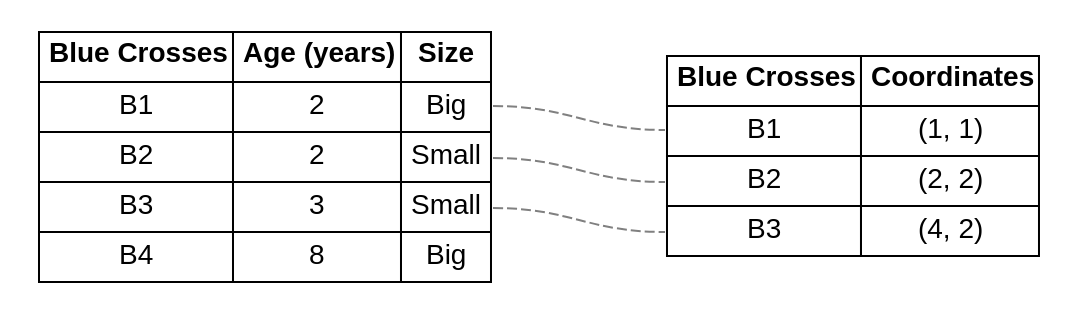
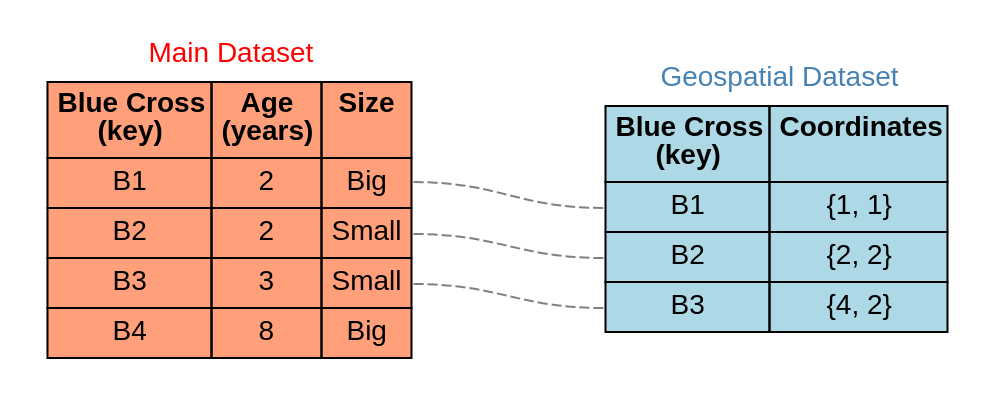
Before and after one commit to PhilipWhitten/geomAttribute: the diagram in help/source/_static/CrossesWithoutNull.gv, drawn with Graphviz. The commit also changed 119 other files, not shown here.

```diff
--- a/help/source/_static/CrossesWithoutNull.gv
+++ b/help/source/_static/CrossesWithoutNull.gv
@@ -1,62 +1,72 @@
 digraph G  
 {
    node[ shape = none, fontname = "Arial" ];
    edge [arrowhead=none, style=dashed, color = grey];
 
     set1[ label=<
-    <TABLE BORDER="0" CELLBORDER="1" CELLSPACING="0" CELLPADDING="4">
+<table border='0' cellborder='0'>
+<tr><td><font color="red">Main Dataset</font></td></tr>
+<tr><td>
+    <TABLE BORDER="0" CELLBORDER="1" CELLSPACING="0" CELLPADDING="4" BGCOLOR="lightsalmon">
         <TR>
-            <TD><B>Blue Crosses</B></TD>
-            <TD><B>Age (years)</B></TD>
-            <TD><B>Size</B></TD>
+            <TD><B>Blue Cross<br/>(key)</B></TD>
+            <TD><B>Age<br/>(years)</B></TD>
+            <TD><B>Size<br/> </B></TD>
         </TR>
         <TR>
             <TD>B1</TD>
             <TD>2</TD>
             <TD PORT="b1">Big</TD>
         </TR>
         <TR>
             <TD>B2</TD>
             <TD>2</TD>
             <TD PORT="b2">Small</TD>
         </TR>
         <TR>
             <TD>B3</TD>
             <TD>3</TD>
             <TD PORT="b3">Small</TD>
         </TR>
         <TR>
             <TD>B4</TD>
             <TD>8</TD>
             <TD>Big</TD>
         </TR>
-    </TABLE>>];
+    </TABLE>
+</td></tr>
+</table>>];
 
     set2[ label=<
-    <TABLE BORDER="0" CELLBORDER="1" CELLSPACING="0" CELLPADDING="4">
+<table border='0' cellborder='0'>
+<tr><td><font color="steelblue">Geospatial Dataset</font></td></tr>
+<tr><td>
+    <TABLE BORDER="0" CELLBORDER="1" CELLSPACING="0" CELLPADDING="4" BGCOLOR="lightblue">
         <TR>
-            <TD><B>Blue Crosses</B></TD>
-            <TD><B>Coordinates</B></TD>
+            <TD><B>Blue Cross<br/>(key)</B></TD>
+            <TD><B>Coordinates<br/> </B></TD>
         </TR>
         <TR>
             <TD PORT="b1">B1</TD>
-            <TD>(1, 1)</TD>
+            <TD>{1, 1}</TD>
         </TR>
         <TR>
             <TD PORT="b2">B2</TD>
-            <TD>(2, 2)</TD>
+            <TD>{2, 2}</TD>
         </TR>
         <TR>
             <TD PORT="b3">B3</TD>
-            <TD>(4, 2)</TD>
+            <TD>{4, 2}</TD>
         </TR>
-    </TABLE>>];    
+    </TABLE>
+</td></tr>
+</table>>];    
 
     # layout
     nodesep = 1;                /* increase distance distance between nodes */
     { rank = same; set1 set2 }
 
     set1:b1 -> set2:b1; 
     set1:b2 -> set2:b2;
     set1:b3 -> set2:b3;
 }
```
